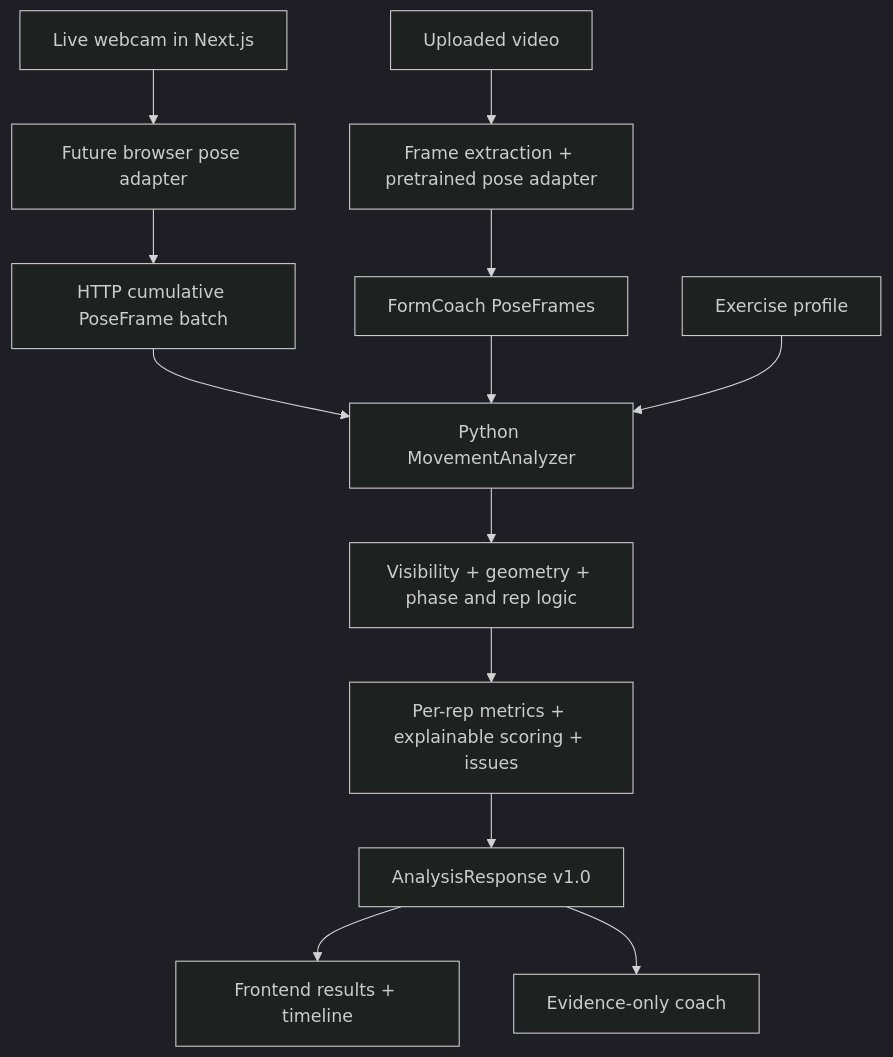
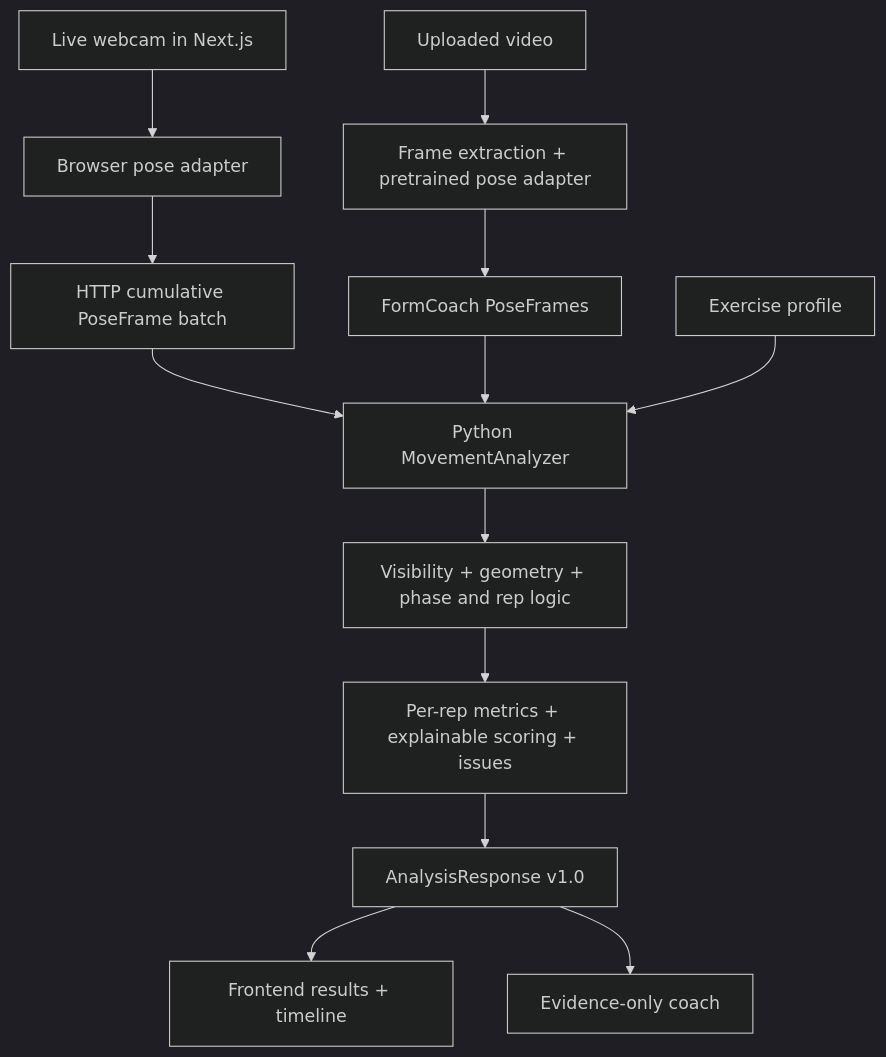
One commit to Arpitv26/FormCoach changed the diagram in docs/ARCHITECTURE.md. Above: the diagram before and after it, drawn with Mermaid (dark theme). The commit also changed other lines of this file and 25 other files, not shown here.

````diff
--- a/docs/ARCHITECTURE.md
+++ b/docs/ARCHITECTURE.md
@@ -6,15 +6,15 @@
 ```mermaid
 flowchart TD
-  Camera[Live webcam in Next.js] --> BrowserPose[Future browser pose adapter]
+  Camera[Live webcam in Next.js] --> BrowserPose[Browser pose adapter]
   BrowserPose --> Batch[HTTP cumulative PoseFrame batch]
   Batch --> Analyzer[Python MovementAnalyzer]
   Upload[Uploaded video] --> Video[Frame extraction + pretrained pose adapter]
   Video --> Poses[FormCoach PoseFrames]
   Poses --> Analyzer
   Profile[Exercise profile] --> Analyzer
   Analyzer --> Geometry[Visibility + geometry + phase and rep logic]
   Geometry --> Evidence[Per-rep metrics + explainable scoring + issues]
   Evidence --> JSON[AnalysisResponse v1.0]
   JSON --> Dashboard[Frontend results + timeline]
   JSON --> Coach[Evidence-only coach]
 ```
````
